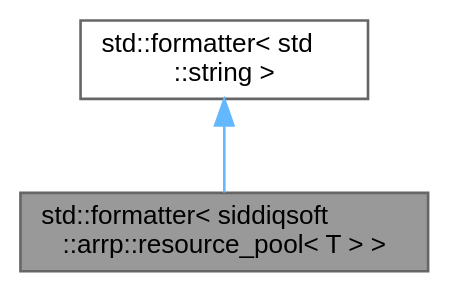
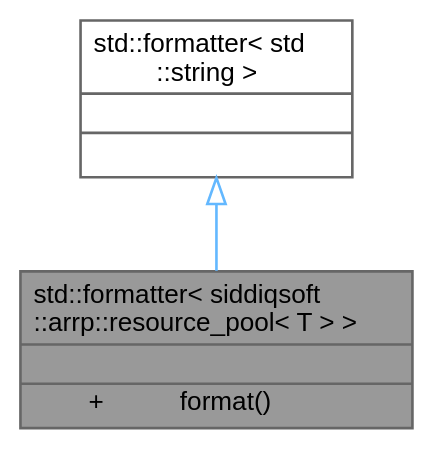
Before and after one commit to SiddiqSoft/arrp: the diagram in docs/doxygen_html/structstd_1_1formatter_3_01siddiqsoft_1_1arrp_1_1resource__pool_3_01_t_01_4_01_4__inherit__graph.dot, drawn with Graphviz. The commit also changed 94 other files, not shown here.

```diff
--- a/docs/doxygen_html/structstd_1_1formatter_3_01siddiqsoft_1_1arrp_1_1resource__pool_3_01_t_01_4_01_4__inherit__graph.dot
+++ b/docs/doxygen_html/structstd_1_1formatter_3_01siddiqsoft_1_1arrp_1_1resource__pool_3_01_t_01_4_01_4__inherit__graph.dot
@@ -1,10 +1,22 @@
 digraph "std::formatter&lt; siddiqsoft::arrp::resource_pool&lt; T &gt; &gt;"
 {
  // LATEX_PDF_SIZE
   bgcolor="transparent";
   edge [fontname=Helvetica,fontsize=10,labelfontname=Helvetica,labelfontsize=10];
   node [fontname=Helvetica,fontsize=10,shape=box,height=0.2,width=0.4];
-  Node1 [id="Node000001",label="std::formatter\< siddiqsoft\l::arrp::resource_pool\< T \> \>",height=0.2,width=0.4,color="gray40", fillcolor="grey60", style="filled", fontcolor="black",tooltip=" "];
-  Node2 -> Node1 [id="edge1_Node000001_Node000002",dir="back",color="steelblue1",style="solid",tooltip=" "];
-  Node2 [id="Node000002",label="std::formatter\< std\l::string \>",height=0.2,width=0.4,color="gray40", fillcolor="white", style="filled",tooltip=" "];
+  Node1 [id="Node000001",shape=plain,label=<<TABLE CELLBORDER="0" BORDER="1"><TR><TD COLSPAN="2" CELLPADDING="1" CELLSPACING="0">std::formatter&lt; siddiqsoft<BR ALIGN="LEFT"/>::arrp::resource_pool&lt; T &gt; &gt;</TD></TR>
+<HR/>
+<TR><TD COLSPAN="2" CELLPADDING="1" CELLSPACING="0">&nbsp;</TD></TR>
+<HR/>
+<TR><TD VALIGN="top" CELLPADDING="1" CELLSPACING="0">+</TD><TD VALIGN="top" ALIGN="LEFT" CELLPADDING="1" CELLSPACING="0">format()<BR ALIGN="LEFT"/></TD></TR>
+</TABLE>>
+,height=0.2,width=0.4,color="gray40", fillcolor="grey60", style="filled", fontcolor="black",tooltip=" "];
+  Node2 -> Node1 [id="edge1_Node000001_Node000002",dir="back",color="steelblue1",style="solid",tooltip=" ",arrowtail="onormal"];
+  Node2 [id="Node000002",shape=plain,label=<<TABLE CELLBORDER="0" BORDER="1"><TR><TD COLSPAN="2" CELLPADDING="1" CELLSPACING="0">std::formatter&lt; std<BR ALIGN="LEFT"/>::string &gt;</TD></TR>
+<HR/>
+<TR><TD COLSPAN="2" CELLPADDING="1" CELLSPACING="0">&nbsp;</TD></TR>
+<HR/>
+<TR><TD COLSPAN="2" CELLPADDING="1" CELLSPACING="0">&nbsp;</TD></TR>
+</TABLE>>
+,height=0.2,width=0.4,color="gray40", fillcolor="white", style="filled",tooltip=" "];
 }
```
